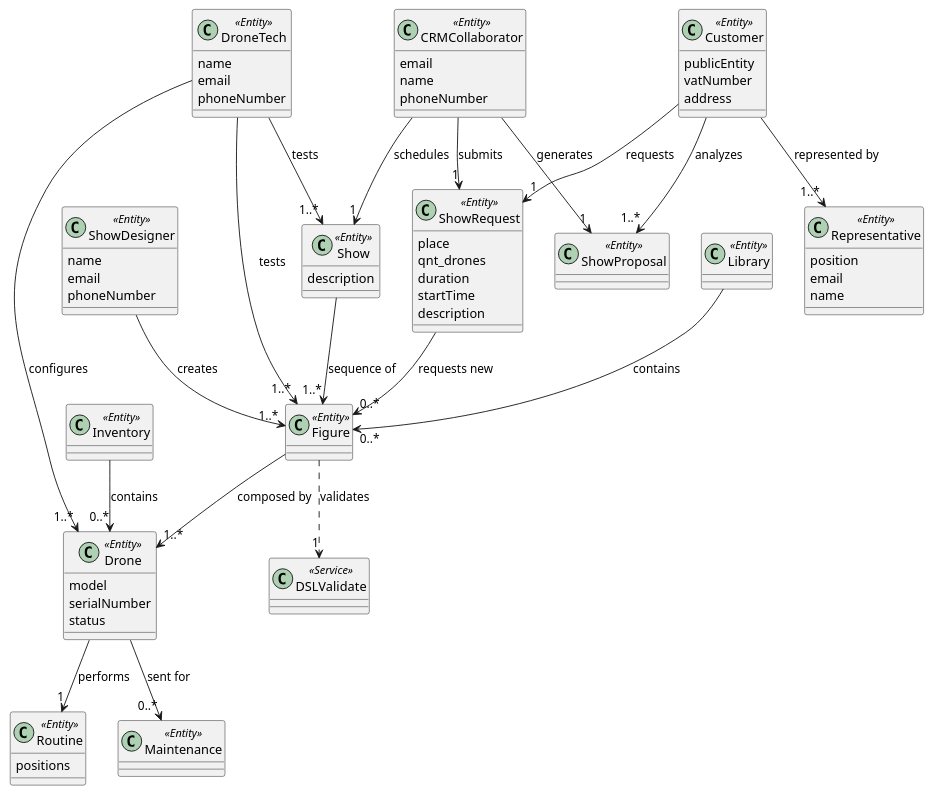
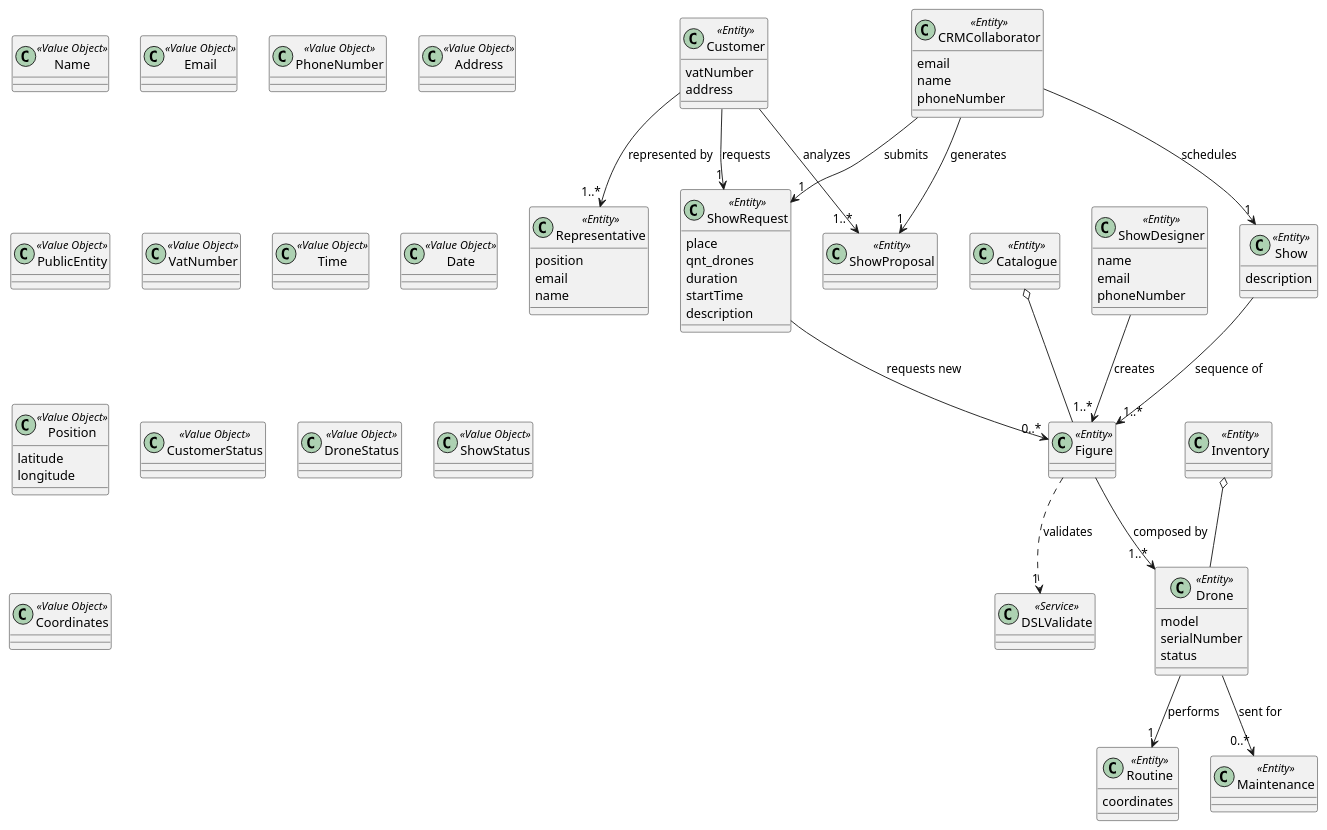
Before and after one commit to diogoveirospro/sem4pi-2024-2025-sem4pi_2024_2025_g44: the diagram in docs/global_artifacts/analysis/puml/domain_model.puml, drawn with PlantUML. The commit also changed 1 other file, not shown here.

```diff
--- a/docs/global_artifacts/analysis/puml/domain_model.puml
+++ b/docs/global_artifacts/analysis/puml/domain_model.puml
@@ -1,131 +1,182 @@
 @startuml
 
+class Name <<Value Object>>{
+
+}
+
+
+
+class Email <<Value Object>>{
+
+}
+
+class PhoneNumber <<Value Object>>{
+
+}
+
+class Address <<Value Object>>{
+
+}
+
+class PublicEntity <<Value Object>>{
+
+}
+
+class VatNumber <<Value Object>>{
+
+}
+
+class Time <<Value Object>>{
+
+}
+
+class Date <<Value Object>>{
+
+}
+
+class Position <<Value Object>>{
+
+}
+
+class CustomerStatus <<Value Object>>{
+
+}
+
+class DroneStatus <<Value Object>>{
+
+}
+
+class ShowStatus <<Value Object>>{
+
+}
+
+class Coordinates <<Value Object>>{
+
+}
+
+class Position <<Value Object>>{
+    latitude
+    longitude
+}
+
 class Customer <<Entity>>{
-    publicEntity
     vatNumber
     address
 }
 
-class Library <<Entity>>{
+class Catalogue <<Entity>>{
 }
 
 class Inventory <<Entity>>{
 }
 
 class Drone <<Entity>>{
     model
     serialNumber
     status
 }
 
 class Routine <<Entity>>{
-    positions
+    coordinates
 }
 
 class DSLValidate <<Service>>{
 
 }
 
 class Figure <<Entity>>{
 
 }
 
 class CRMCollaborator <<Entity>>{
     email
     name
     phoneNumber
 }
 
 class ShowDesigner <<Entity>>{
     name
     email
     phoneNumber
 }
 
-class DroneTech <<Entity>>{
-    name
-    email
-    phoneNumber
-}
+
 
 class Representative <<Entity>>{
     position
     email
     name
 }
 
 class Show <<Entity>>{
     description
 }
 
 class Maintenance <<Entity>>{
 
 }
 
 class ShowRequest <<Entity>>{
     place
     qnt_drones
     duration
     startTime
     description
 }
 
 class ShowProposal <<Entity>>{
 
 }
 
 
 'Customer -> x
 Customer  --> "1" ShowRequest : requests
 Customer  --> "1..*" Representative : represented by
 Customer --> "1..*" ShowProposal : analyzes
 
 'ShowRequest -> x
 ShowRequest --> "0..*" Figure : requests new
 
 
 'ShowDesigner -> x
 ShowDesigner --> "1..*" Figure: creates
 
 
 'CRMCollaborator -> x
 CRMCollaborator  --> "1" ShowProposal: generates
 CRMCollaborator  --> "1" ShowRequest: submits
 CRMCollaborator --> "1" Show : schedules
 
 'Admin -> x
 
-'DroneTech -> x
-DroneTech --> "1..*" Figure: tests
-DroneTech --> "1..*" Show: tests
-DroneTech --> "1..*" Drone: configures
+
 
 'Representative -> x
 
 
 'Figure -> x
 Figure --> "1..*" Drone: composed by
 Figure ..> "1" DSLValidate: validates
 
 'Show -> x
 Show --> "1..*" Figure: sequence of
 
 'Drone -> x
 Drone --> "1" Routine: performs
 Drone --> "0..*" Maintenance: sent for
 
-'Library -> x
-Library --> "0..*" Figure: contains
+'Catalogue -> x
+Catalogue o-- Figure
 
 'Inventory -> x
-Inventory --> "0..*" Drone: contains
+Inventory o-- Drone
 
 'ShowProposal -> x
 
 
 'Maintenance -> x
 
 
 
 
 @enduml
```
